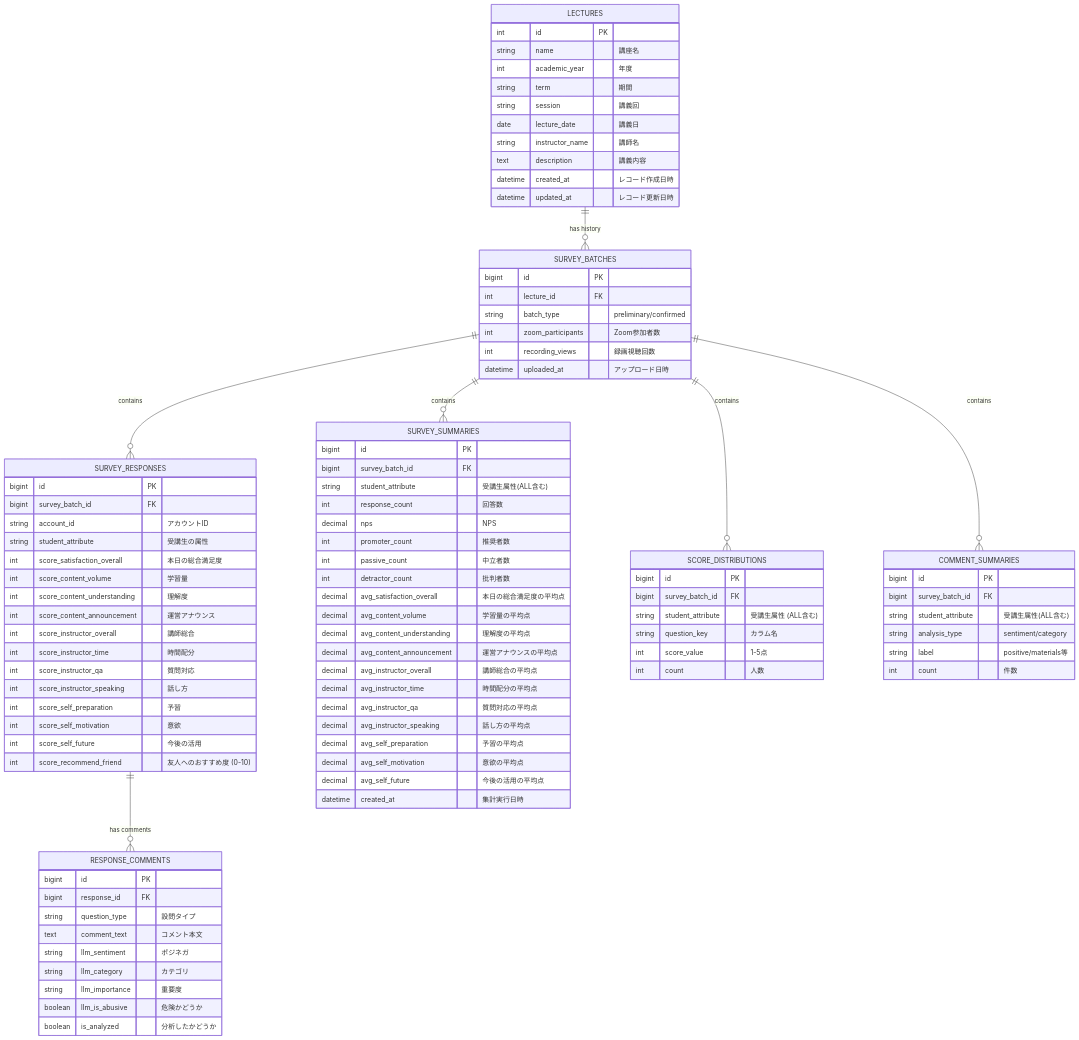
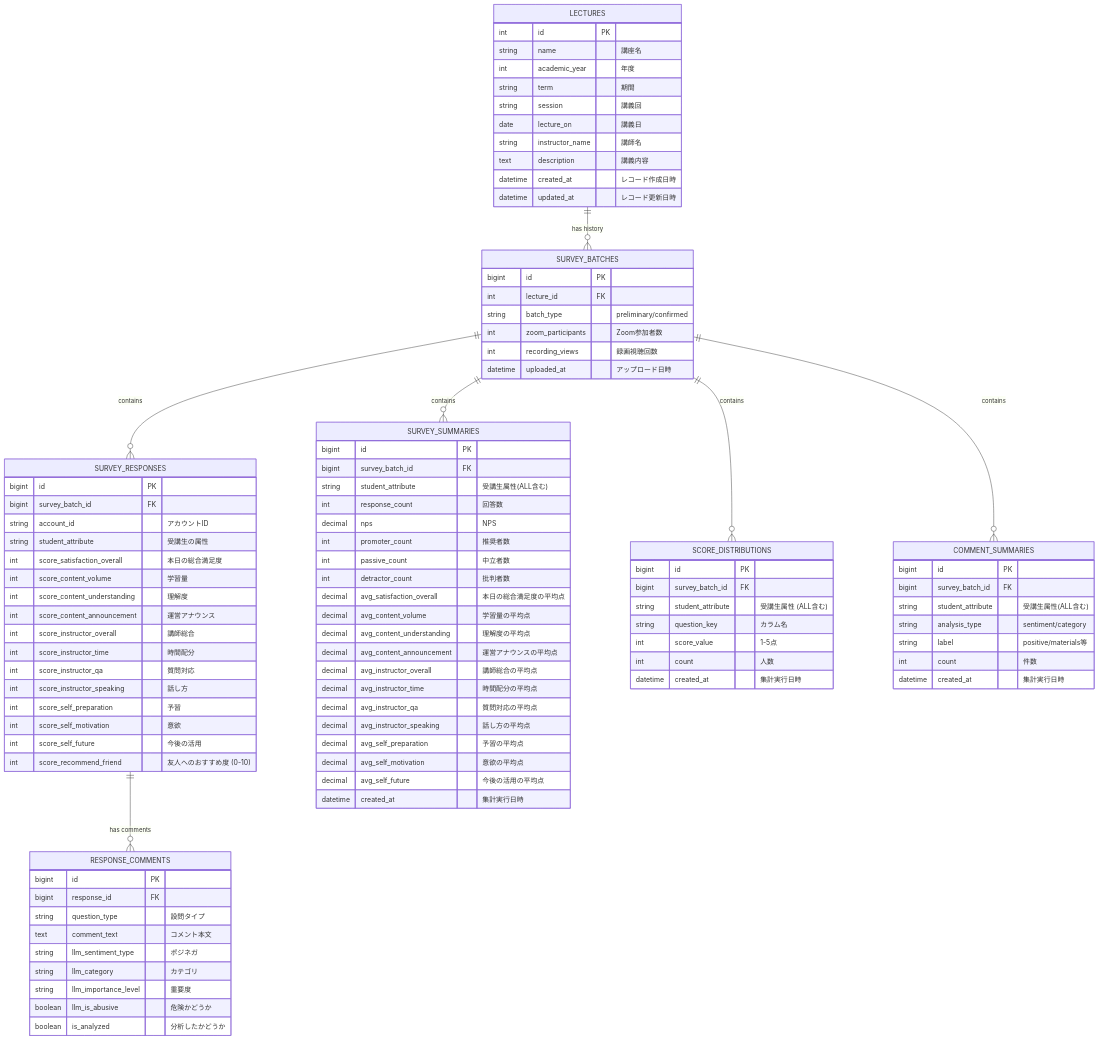
The diagram in docs/database.md (yt1970/AIE-DXproject_1_back), drawn with Mermaid before and after one commit. The commit also changed other lines of this file, not shown here.

```diff
--- a/docs/database.md
+++ b/docs/database.md
@@ -40,7 +40,7 @@
 
         string session "講義回"
 
-        date lecture_date "講義日"
+        date lecture_on "講義日"
 
         string instructor_name "講師名"
 
@@ -120,11 +120,11 @@
 
         text comment_text "コメント本文"
 
-        string llm_sentiment "ポジネガ"
+        string llm_sentiment_type "ポジネガ"
 
         string llm_category "カテゴリ"
 
-        string llm_importance "重要度"
+        string llm_importance_level "重要度"
 
         boolean llm_is_abusive "危険かどうか"
 
@@ -194,6 +194,8 @@
 
         int count "人数"
 
+        datetime created_at "集計実行日時"
+
     }
 
 
@@ -212,6 +214,8 @@
 
         int count "件数"
 
+        datetime created_at "集計実行日時"
+
     }
 
 
```
